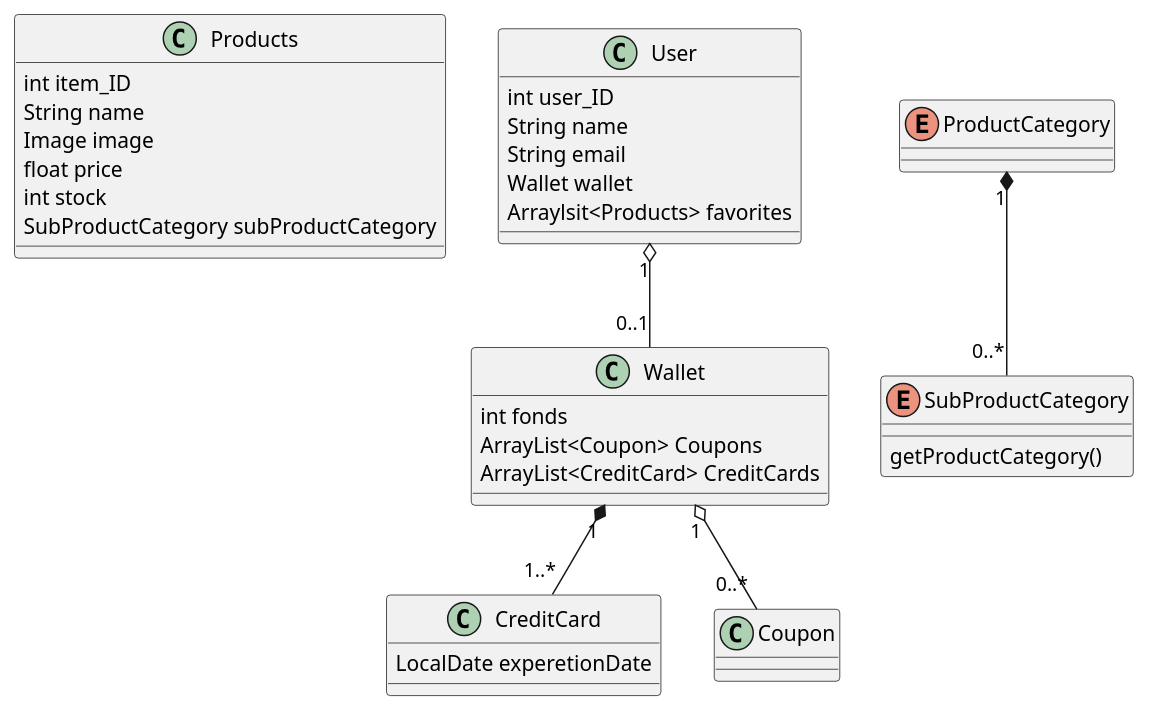
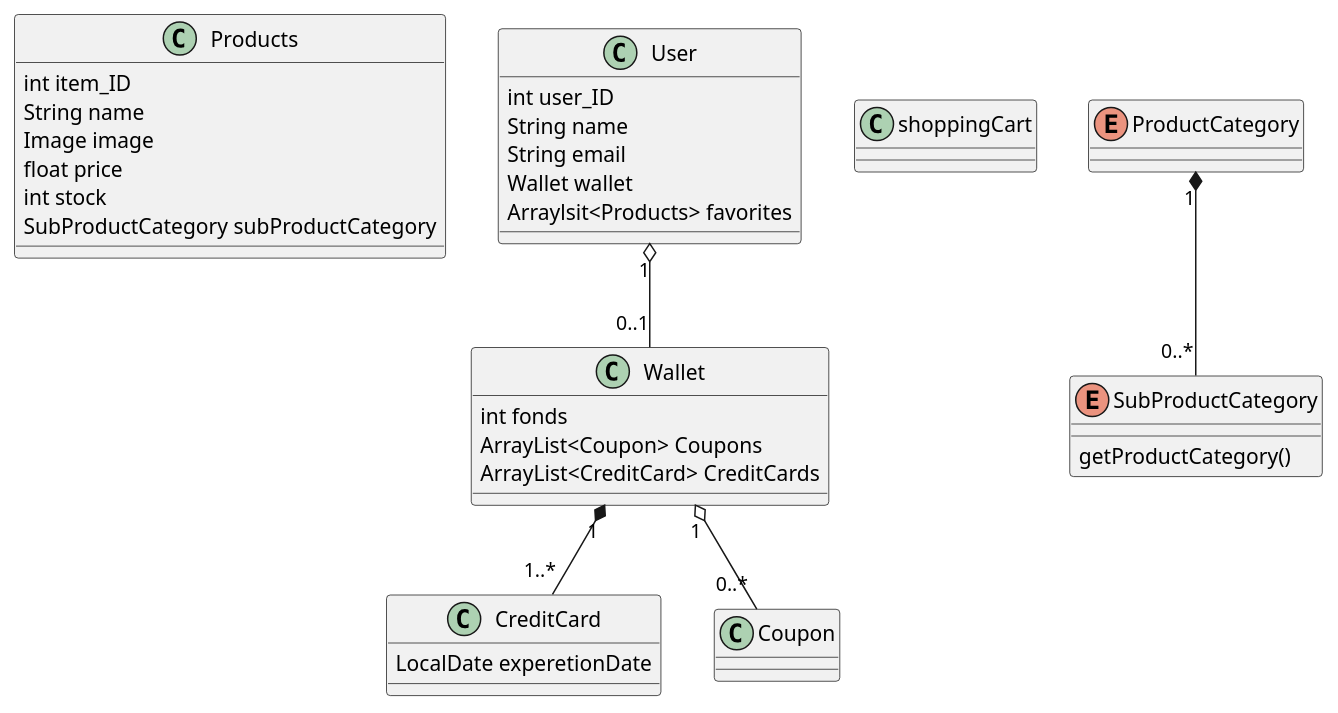
The diagram in Class diagram.wsd (AJungersen/DDU-Eksamensprojekt), drawn with PlantUML before and after one commit.

```diff
--- a/Class diagram.wsd
+++ b/Class diagram.wsd
@@ -1,48 +1,52 @@
 @startuml
 class Products {
     int item_ID
     String name
     Image image
     float price
     int stock
     SubProductCategory subProductCategory
 }
 
 class User {
     int user_ID
     String name
     String email
     Wallet wallet
     Arraylsit<Products> favorites
 }
 
 
 Class Wallet {
     int fonds
     ArrayList<Coupon> Coupons
     ArrayList<CreditCard> CreditCards
 }
 
 class CreditCard {
     LocalDate experetionDate
 }
 
 class Coupon {
     
 }
 
+class shoppingCart {
+    
+}
+
 enum ProductCategory {
 
 }
 
 enum SubProductCategory {
 
     getProductCategory()
 }
 
 Wallet "1" o-- "0..*" Coupon
 Wallet "1" *-- "1..*" CreditCard
 User "1" o-- "0..1" Wallet
 ProductCategory "1" *-- "0..*" SubProductCategory
 
 @enduml
```
